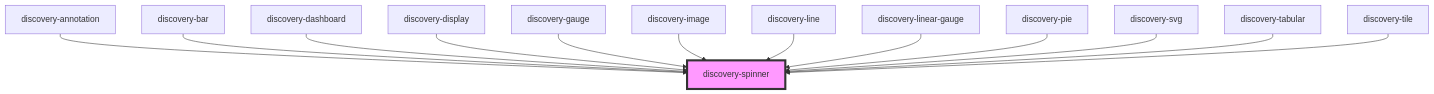
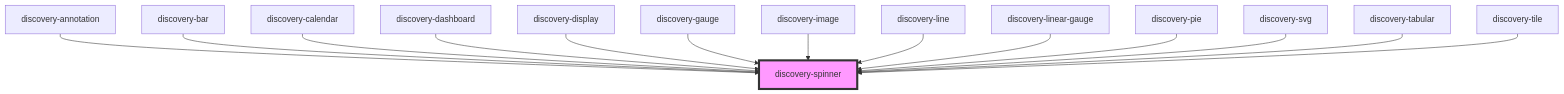
The diagram in src/components/discovery-spinner/readme.md (senx/discovery-widgets), drawn with Mermaid before and after one commit. The commit also changed other lines of this file and 30 other files, not shown here.

````diff
--- a/src/components/discovery-spinner/readme.md
+++ b/src/components/discovery-spinner/readme.md
@@ -33,16 +34,17 @@
 ```mermaid
 graph TD;
   discovery-annotation --> discovery-spinner
   discovery-bar --> discovery-spinner
+  discovery-calendar --> discovery-spinner
   discovery-dashboard --> discovery-spinner
   discovery-display --> discovery-spinner
   discovery-gauge --> discovery-spinner
   discovery-image --> discovery-spinner
   discovery-line --> discovery-spinner
   discovery-linear-gauge --> discovery-spinner
   discovery-pie --> discovery-spinner
   discovery-svg --> discovery-spinner
   discovery-tabular --> discovery-spinner
   discovery-tile --> discovery-spinner
   style discovery-spinner fill:#f9f,stroke:#333,stroke-width:4px
 ```
````
